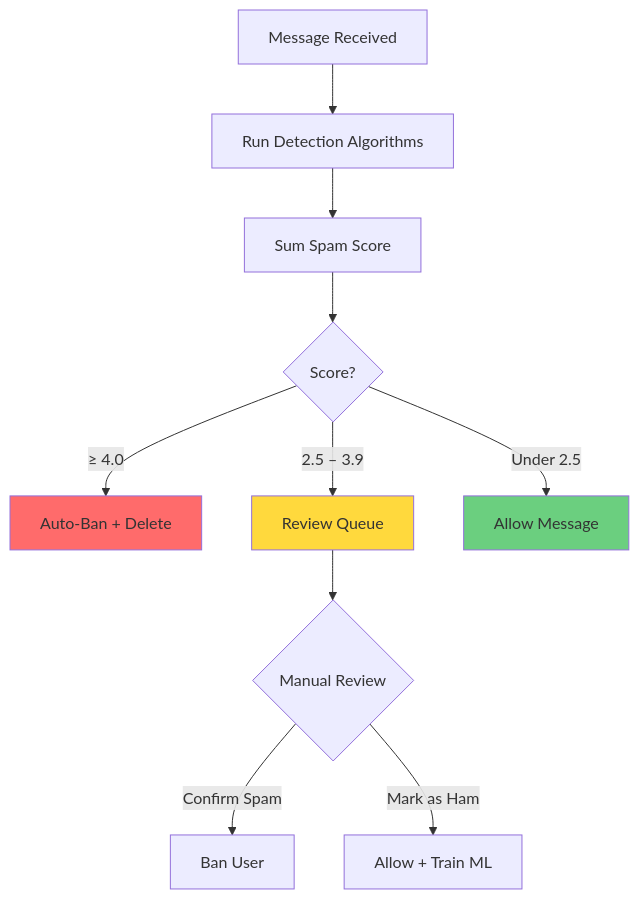
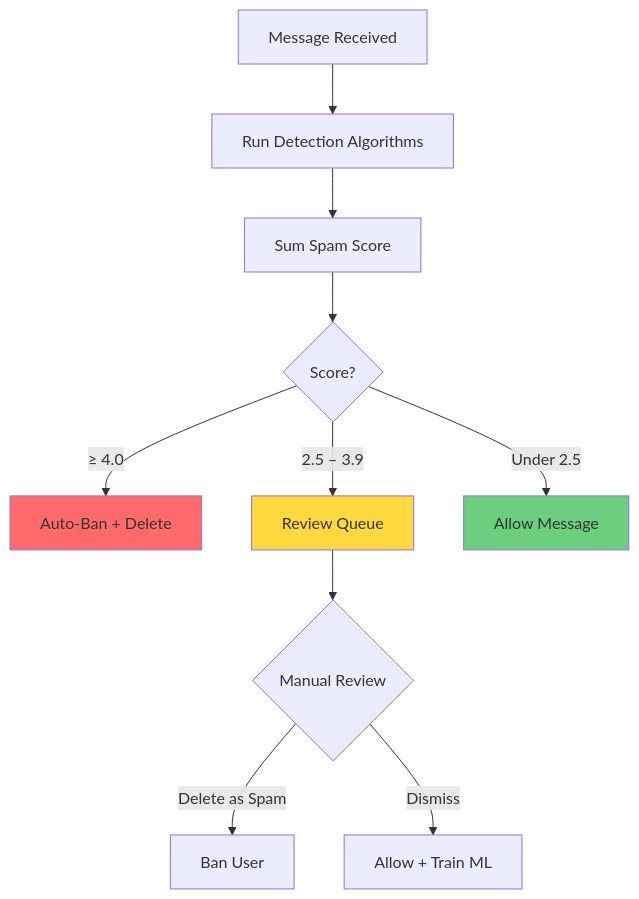
Before and after one commit to musicislife08/TelegramGroupsAdmin: the second of 2 diagrams in TelegramGroupsAdmin/Docs/getting-started/02-first-configuration.md, drawn with Mermaid. The commit also changed other lines of this file and 17 other files, not shown here.

````diff
--- a/TelegramGroupsAdmin/Docs/getting-started/02-first-configuration.md
+++ b/TelegramGroupsAdmin/Docs/getting-started/02-first-configuration.md
@@ -337,17 +337,17 @@
 ```mermaid
 flowchart TD
     A[Message Received] --> B[Run Detection Algorithms]
     B --> C[Sum Spam Score]
     C --> D{Score?}
     D -->|≥ 4.0| E[Auto-Ban + Delete]
     D -->|2.5 – 3.9| F[Review Queue]
     D -->|Under 2.5| G[Allow Message]
 
     F --> H{Manual Review}
-    H -->|Confirm Spam| I[Ban User]
-    H -->|Mark as Ham| J[Allow + Train ML]
+    H -->|Delete as Spam| I[Ban User]
+    H -->|Dismiss| J[Allow + Train ML]
 
     style E fill:#ff6b6b
     style F fill:#ffd93d
     style G fill:#6bcf7f
 ```
````
